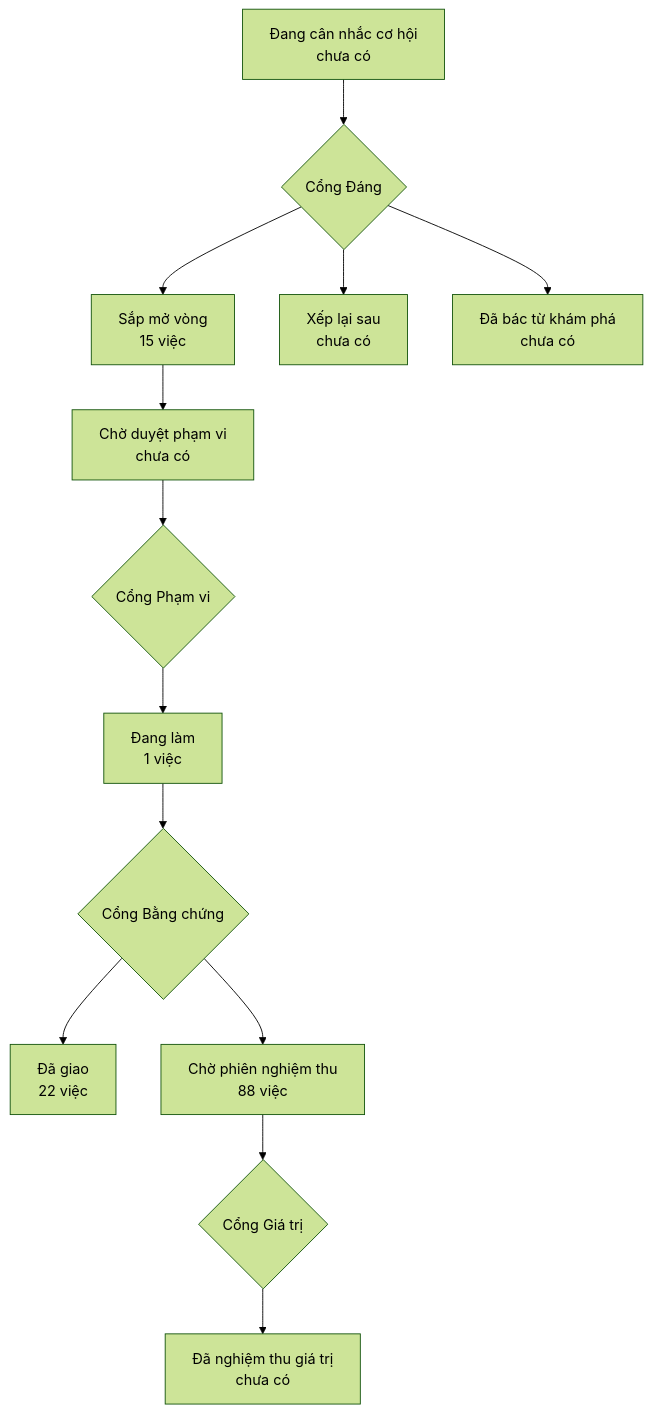
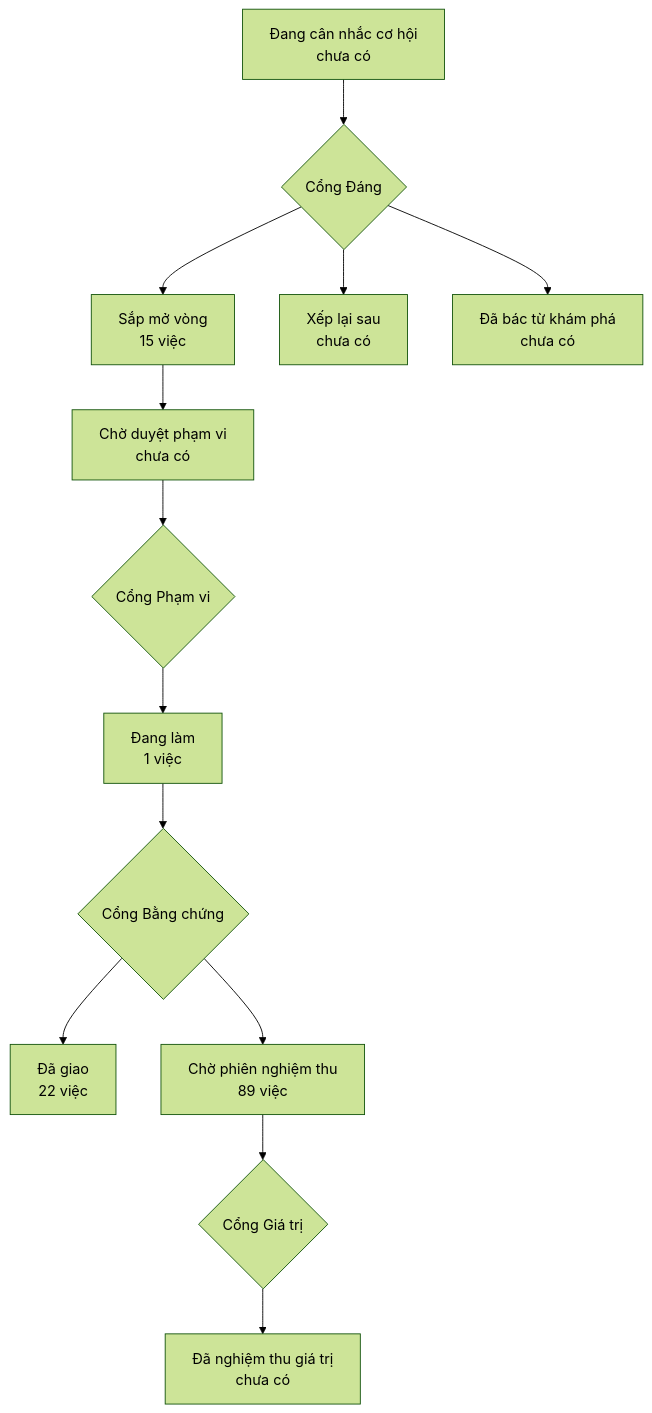
The diagram in PRODUCT-MAP.md (phanlemanh/onehub-quy-hang), drawn with Mermaid (forest theme) before and after one commit. The commit also changed other lines of this file and 1 other file, not shown here.

Commit message:
chore(map): vẽ lại bản đồ sản phẩm và lộ trình sau gộp main

````diff
--- a/PRODUCT-MAP.md
+++ b/PRODUCT-MAP.md
@@ -7,12 +7,12 @@
 ```mermaid
 flowchart TD
   A["Đang cân nhắc cơ hội<br/>chưa có"] --> GD{"Cổng Đáng"}
   GD --> B["Sắp mở vòng<br/>15 việc"]
   GD --> XL["Xếp lại sau<br/>chưa có"]
   GD --> DB["Đã bác từ khám phá<br/>chưa có"]
   B --> CD["Chờ duyệt phạm vi<br/>chưa có"] --> GP{"Cổng Phạm vi"}
   GP --> DL["Đang làm<br/>1 việc"] --> GB{"Cổng Bằng chứng"}
   GB --> DG["Đã giao<br/>22 việc"]
-  GB --> CN["Chờ phiên nghiệm thu<br/>88 việc"] --> GG{"Cổng Giá trị"}
+  GB --> CN["Chờ phiên nghiệm thu<br/>89 việc"] --> GG{"Cổng Giá trị"}
   GG --> NT["Đã nghiệm thu giá trị<br/>chưa có"]
 ```
````
